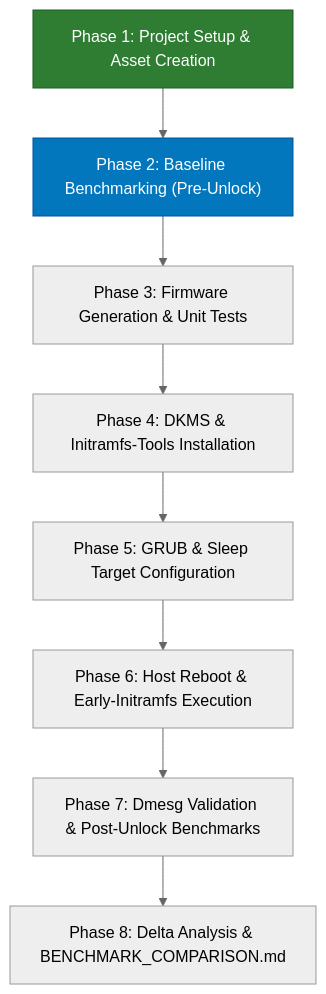
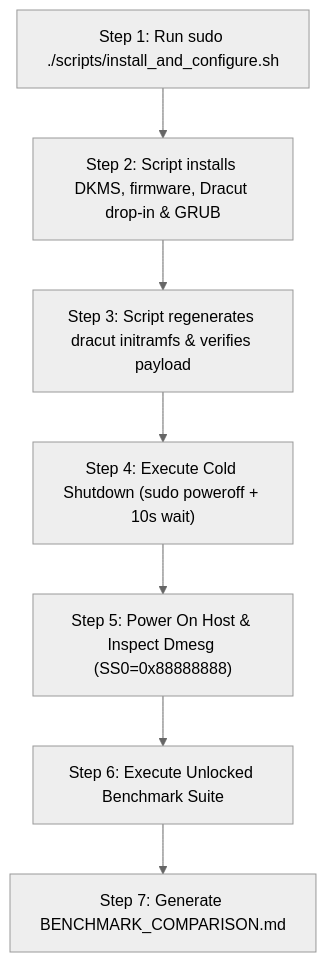
One commit to srfrnk/gpu-unlock changed the diagram in PLAN.md. Above: the diagram before and after it, drawn with Mermaid (neutral theme). The commit also changed other lines of this file and 2 other files, not shown here.

First line of the commit message:
feat(scripts): add automated installation script and harden recovery automation

````diff
--- a/PLAN.md
+++ b/PLAN.md
@@ -86,13 +79,9 @@
 ```mermaid
 flowchart TD
-    A["Phase 1: Project Setup & Asset Creation"]:::done --> B["Phase 2: Baseline Benchmarking (Pre-Unlock)"]:::next
-    B --> C["Phase 3: Firmware Generation & Unit Tests"]
-    C --> D["Phase 4: DKMS & Initramfs-Tools Installation"]
-    D --> E["Phase 5: GRUB & Sleep Target Configuration"]
-    E --> F["Phase 6: Host Reboot & Early-Initramfs Execution"]
-    F --> G["Phase 7: Dmesg Validation & Post-Unlock Benchmarks"]
-    G --> H["Phase 8: Delta Analysis & BENCHMARK_COMPARISON.md"]
-
-    classDef done fill:#2e7d32,stroke:#1b5e20,color:#fff
-    classDef next fill:#0277bd,stroke:#01579b,color:#fff
+    A["Step 1: Run sudo ./scripts/install_and_configure.sh"] --> B["Step 2: Script installs DKMS, firmware, Dracut drop-in & GRUB"]
+    B --> C["Step 3: Script regenerates dracut initramfs & verifies payload"]
+    C --> D["Step 4: Execute Cold Shutdown (sudo poweroff + 10s wait)"]
+    D --> E["Step 5: Power On Host & Inspect Dmesg (SS0=0x88888888)"]
+    E --> F["Step 6: Execute Unlocked Benchmark Suite"]
+    F --> G["Step 7: Generate BENCHMARK_COMPARISON.md"]
 ```
````
